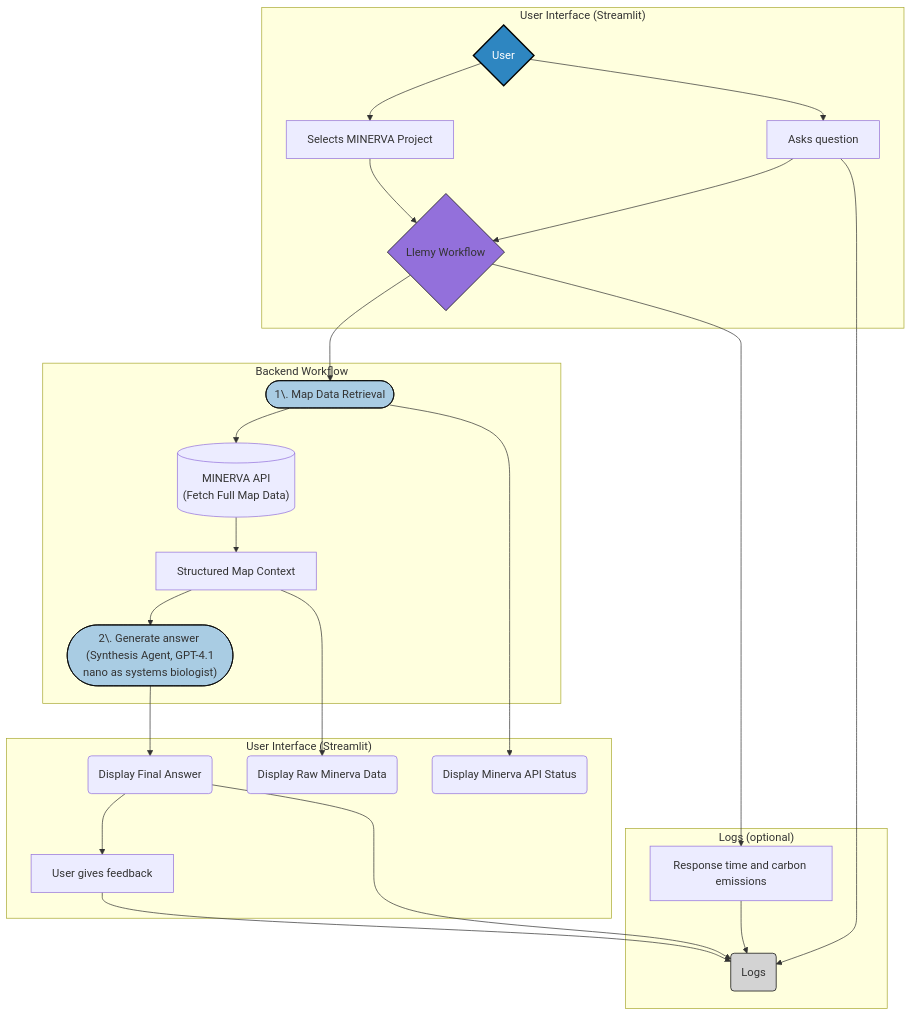
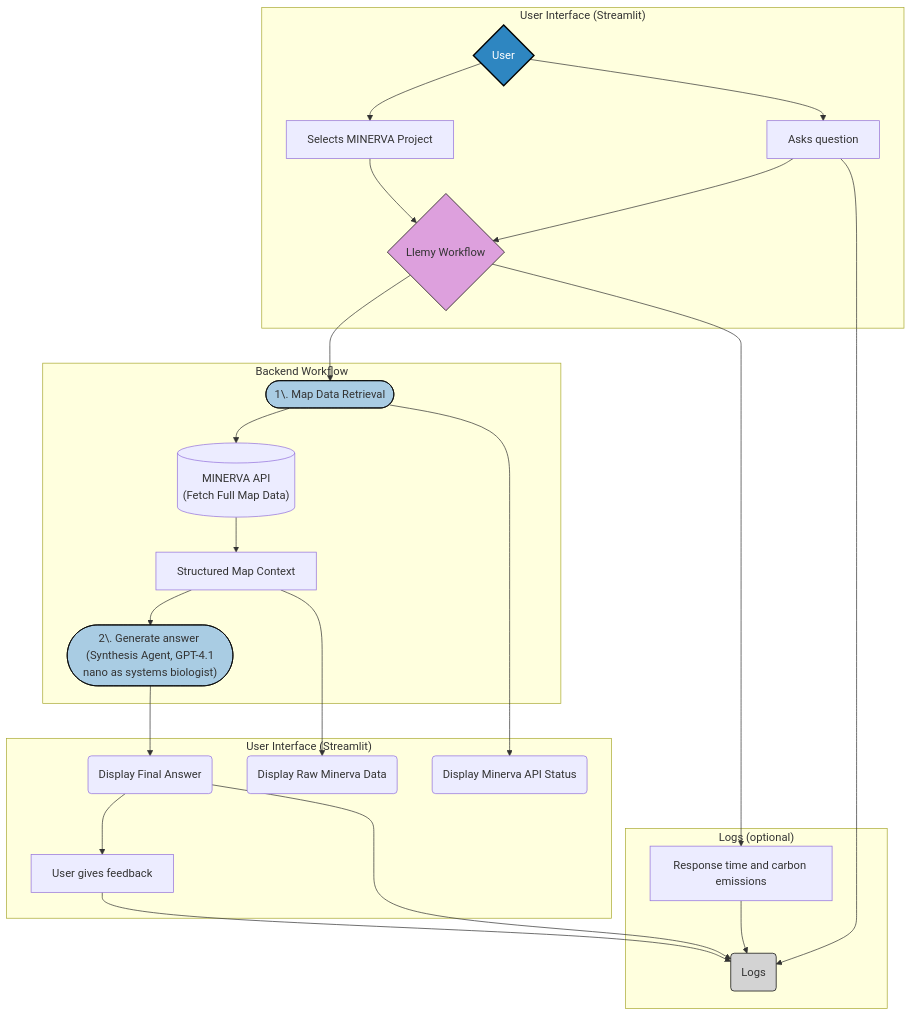
The diagram in README.md (ontox-project/Llemy), drawn with Mermaid before and after one commit. The commit also changed 2 other files, not shown here.

Commit message:
added link to selected map

````diff
--- a/README.md
+++ b/README.md
@@ -15,39 +15,39 @@
 ```mermaid
 graph TD 
     subgraph "User Interface (Streamlit)"
         A{User} --> B[Selects MINERVA Project];
         A{User} --> C[Asks question];
         B[Selects MINERVA Project] --> D{Llemy Workflow};
         C[Asks question] --> D{Llemy Workflow};
     end
 
     subgraph "Backend Workflow"
         D --> E([1\. Map Data Retrieval]);
         E --> H[("MINERVA API <br> (Fetch Full Map Data)")];
 
         H --> I[Structured Map Context];
 
         I --> O(["2\. Generate answer <br> (Synthesis Agent, GPT-4.1 nano as systems biologist)"]);
     end
 
     subgraph "User Interface (Streamlit)"
         O --> P(Display Final Answer);
         I --> Q(Display Raw Minerva Data);
         E --> R(Display Minerva API Status);
         P(Display Final Answer) --> S[User gives feedback];
     end
 
     subgraph "Logs (optional)"
         D{Llemy Workflow} --> F[Response time and carbon emissions];
         S[User gives feedback] --> T(Logs);
         C[Asks question] --> T(Logs);
         P(Display Final Answer) --> T(Logs);
         F[Response time and carbon emissions] --> T(Logs);
     end
 
     style A fill:#2E86C1,stroke:#000,stroke-width:2px,color:#fff
-    style D fill:#9370DB,stroke:#000
+    style D fill:#DDA0DD,stroke:#000
     style E fill:#A9CCE3,stroke:#000
     style O fill:#A9CCE3,stroke:#000
     style T fill:#D3D3D3,stroke:#000
 ```
````
